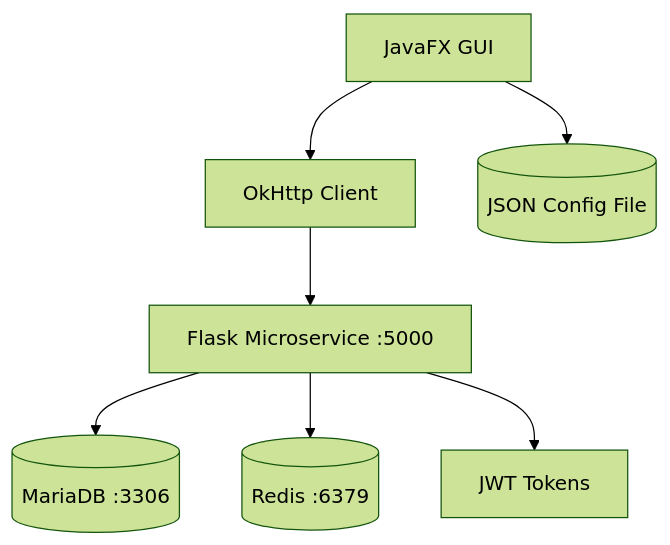
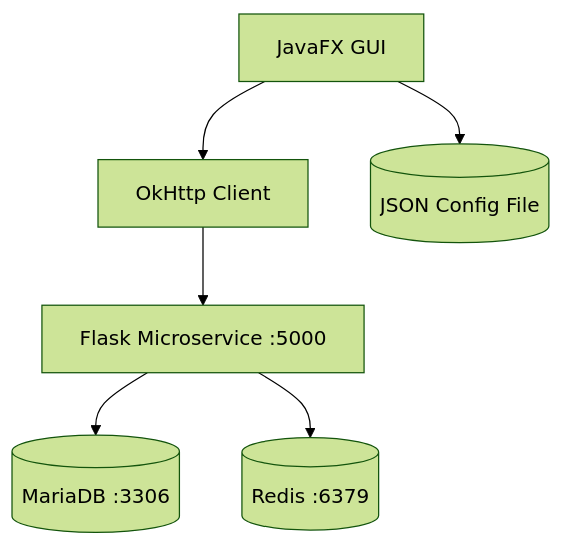
One commit to bryramirezp/Cliente-Java-GUI-Microservicio-JWT changed the first of 2 diagrams in README.md. Above: the diagram before and after it, drawn with Mermaid (forest theme). The commit also changed other lines of this file, not shown here.

````diff
--- a/README.md
+++ b/README.md
@@ -18,9 +18,8 @@
 ```mermaid
 graph TB
     A[JavaFX GUI] --> B[OkHttp Client]
     B --> C[Flask Microservice :5000]
     C --> D[(MariaDB :3306)]
     C --> E[(Redis :6379)]
-    C --> F[JWT Tokens]
-    A --> G[(JSON Config File)]
+    A --> F[(JSON Config File)]
 ```
````
